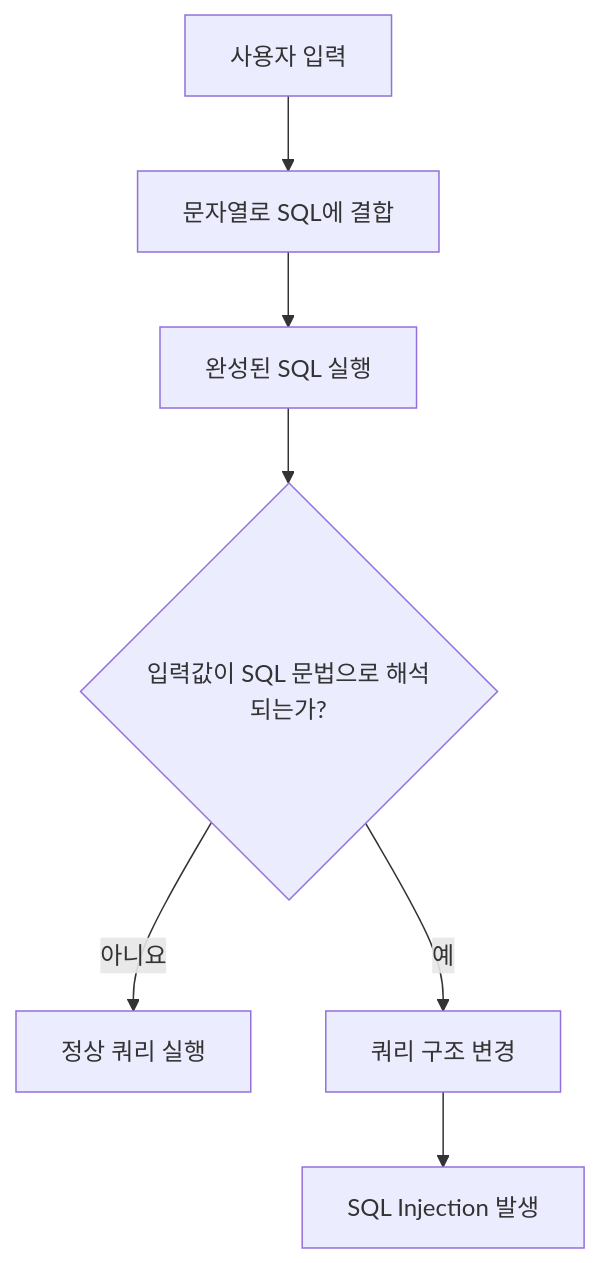
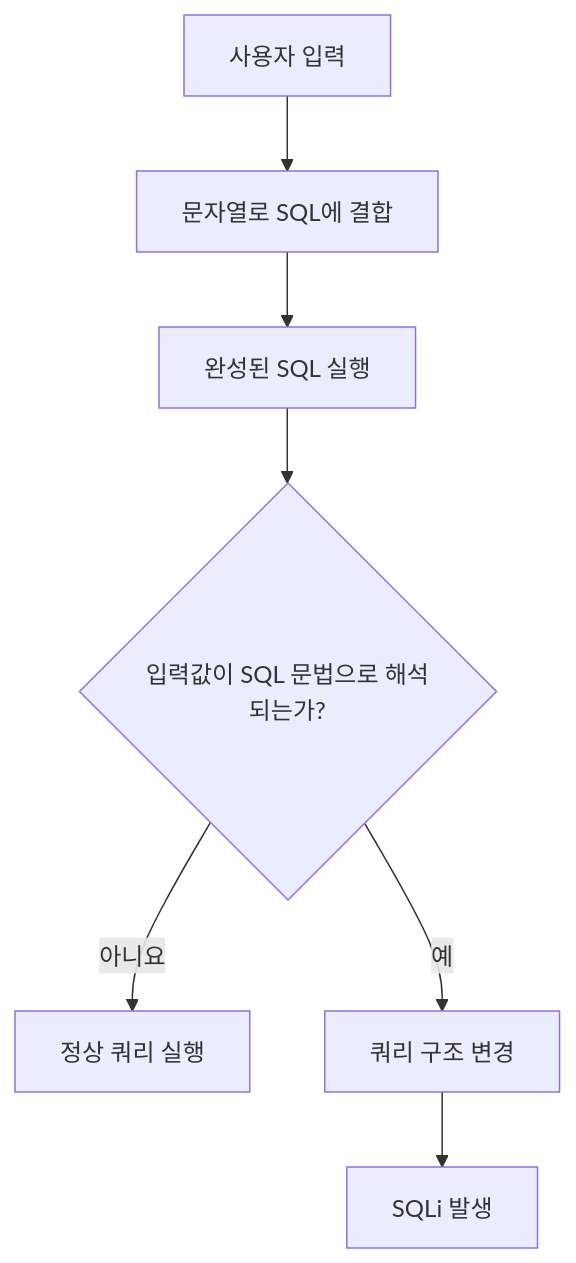
The first of 2 diagrams in _posts/SECURITY/SECURITY_FUNDAMENTALS/2024-11-14-SQL-Injection.md (s3mper/s3mper.github.io), drawn with Mermaid before and after one commit. The commit also changed other lines of this file and 5 other files, not shown here.

````diff
--- a/_posts/SECURITY/SECURITY_FUNDAMENTALS/2024-11-14-SQL-Injection.md
+++ b/_posts/SECURITY/SECURITY_FUNDAMENTALS/2024-11-14-SQL-Injection.md
@@ -69,9 +92,9 @@
 ```mermaid
 flowchart TD
     A["사용자 입력"] --> B["문자열로 SQL에 결합"]
     B --> C["완성된 SQL 실행"]
     C --> D{"입력값이 SQL 문법으로 해석되는가?"}
     D -->|아니요| E["정상 쿼리 실행"]
     D -->|예| F["쿼리 구조 변경"]
-    F --> G["SQL Injection 발생"]
+    F --> G["SQLi 발생"]
 ```
````
